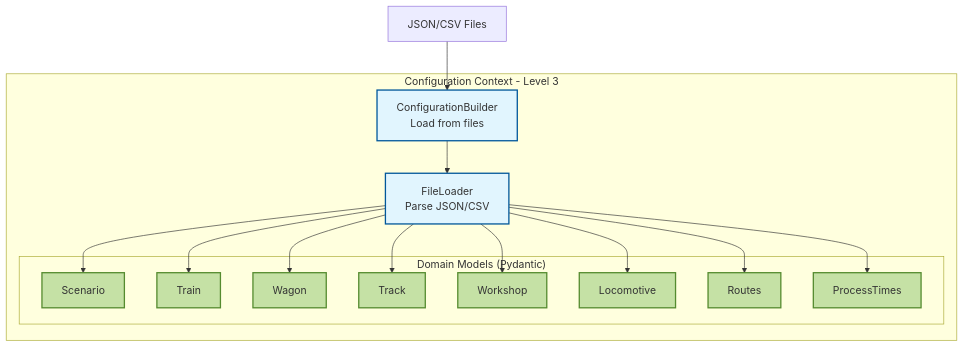
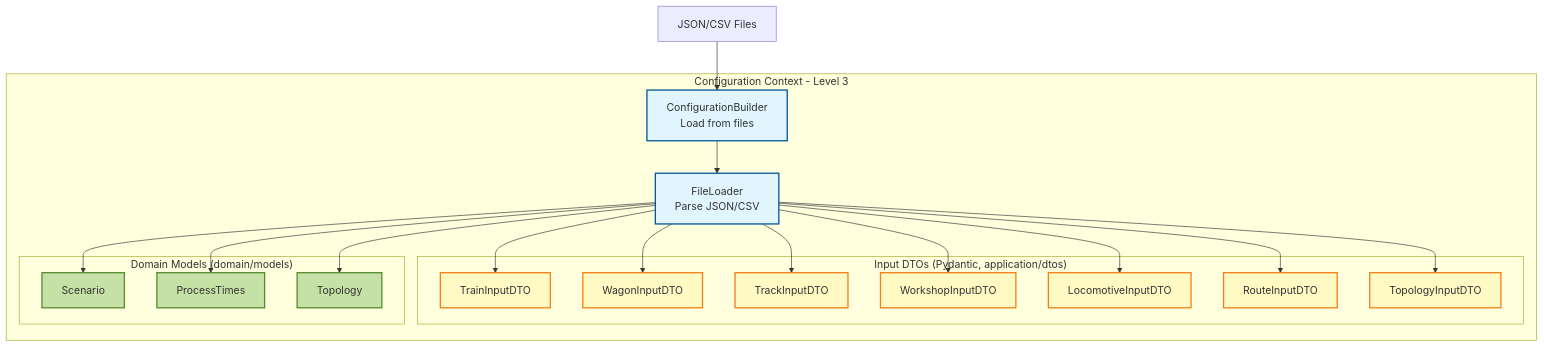
Before and after one commit to OpenRailAssociation/dac-migration-dss-popupsim: the first of 7 diagrams in docs/mvp/architecture/05a-level3-implementation.md, drawn with Mermaid. The commit also changed other lines of this file and 73 other files, not shown here.

````diff
--- a/docs/mvp/architecture/05a-level3-implementation.md
+++ b/docs/mvp/architecture/05a-level3-implementation.md
@@ -11,35 +11,44 @@
 ```mermaid
 graph TB
     subgraph "Configuration Context - Level 3"
         Builder["ConfigurationBuilder<br/>Load from files"]
         Loader["FileLoader<br/>Parse JSON/CSV"]
-        
-        subgraph "Domain Models (Pydantic)"
+
+        subgraph "Input DTOs (Pydantic, application/dtos)"
+            TrainDTO[TrainInputDTO]
+            WagonDTO[WagonInputDTO]
+            TrackDTO[TrackInputDTO]
+            WorkshopDTO[WorkshopInputDTO]
+            LocoDTO[LocomotiveInputDTO]
+            RouteDTO[RouteInputDTO]
+            TopologyDTO[TopologyInputDTO]
+        end
+
+        subgraph "Domain Models (domain/models)"
             Scenario[Scenario]
-            Train[Train]
-            Wagon[Wagon]
-            Track[Track]
-            Workshop[Workshop]
-            Locomotive[Locomotive]
-            Routes[Routes]
             ProcessTimes[ProcessTimes]
+            Topology[Topology]
         end
     end
     
     Files[JSON/CSV Files] --> Builder
     Builder --> Loader
+    Loader --> TrainDTO
+    Loader --> WagonDTO
+    Loader --> TrackDTO
+    Loader --> WorkshopDTO
+    Loader --> LocoDTO
+    Loader --> RouteDTO
+    Loader --> TopologyDTO
     Loader --> Scenario
-    Loader --> Train
-    Loader --> Wagon
-    Loader --> Track
-    Loader --> Workshop
-    Loader --> Locomotive
-    Loader --> Routes
     Loader --> ProcessTimes
+    Loader --> Topology
 
     classDef builder fill:#e1f5fe,stroke:#01579b,stroke-width:2px
+    classDef dto fill:#fff9c4,stroke:#f57f17,stroke-width:2px
     classDef model fill:#c5e1a5,stroke:#558b2f,stroke-width:2px
     
     class Builder,Loader builder
-    class Scenario,Train,Wagon,Track,Workshop,Locomotive,Routes,ProcessTimes model
+    class TrainDTO,WagonDTO,TrackDTO,WorkshopDTO,LocoDTO,RouteDTO,TopologyDTO dto
+    class Scenario,ProcessTimes,Topology model
 ```
````
